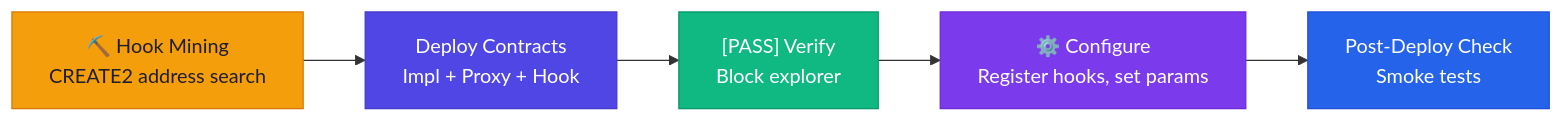
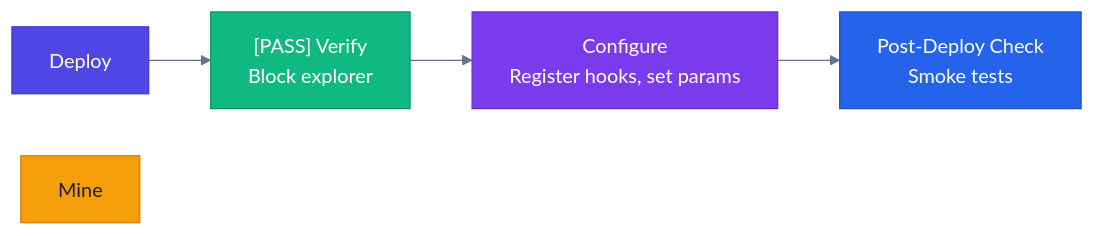
One commit to guglxni/the-fixer-hook changed the diagram in docs/DEPLOYMENT.md. Above: the diagram before and after it, drawn with Mermaid. The commit also changed 514 other files, not shown here.

Commit message:
Clean docs: remove emojis, add professional mermaid styling

````diff
--- a/docs/DEPLOYMENT.md
+++ b/docs/DEPLOYMENT.md
@@ -14,13 +14,12 @@
 ```mermaid
+%%{init: {'theme': 'neutral', 'themeVariables': { 'primaryColor': '#2563eb', 'primaryTextColor': '#1e293b', 'primaryBorderColor': '#3b82f6', 'lineColor': '#64748b', 'secondaryColor': '#f1f5f9', 'tertiaryColor': '#e2e8f0'}}}%%
 flowchart LR
-    Mine["⛏️ Hook Mining\nCREATE2 address search"] --> Deploy["Deploy Contracts\nImpl + Proxy + Hook"]
     Deploy --> Verify["[PASS] Verify\nBlock explorer"]
-    Verify --> Config["⚙️ Configure\nRegister hooks, set params"]
+    Verify --> Config[" Configure\nRegister hooks, set params"]
     Config --> Test["Post-Deploy Check\nSmoke tests"]
-
     style Mine fill:#F59E0B,color:#1E1E2E,stroke:#D97706
     style Deploy fill:#4F46E5,color:#FFFFFF,stroke:#4338CA
     style Verify fill:#10B981,color:#FFFFFF,stroke:#059669
     style Config fill:#7C3AED,color:#FFFFFF,stroke:#6D28D9
     style Test fill:#2563EB,color:#FFFFFF,stroke:#1D4ED8
 ```
````
